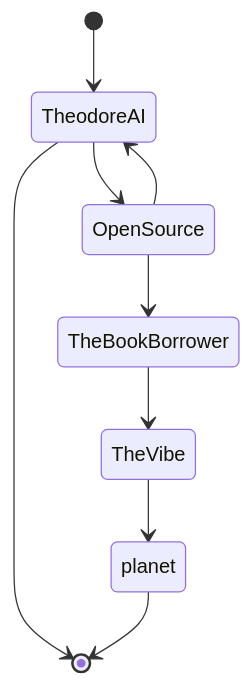
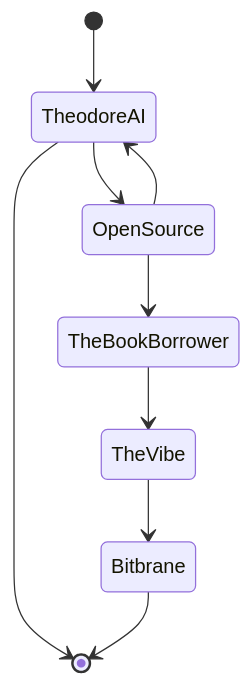
Before and after one commit to TheodoreAI/TheodoreAI: the diagram in README.md, drawn with Mermaid. The commit also changed other lines of this file, not shown here.

````diff
--- a/README.md
+++ b/README.md
@@ -9,12 +9,12 @@
  ```mermaid
   stateDiagram-v2
   [*] --> TheodoreAI
   TheodoreAI --> [*]
 
   TheodoreAI --> OpenSource
   OpenSource --> TheodoreAI
   OpenSource --> TheBookBorrower
   TheBookBorrower --> TheVibe
-  TheVibe --> planet
-  planet --> [*]
+  TheVibe --> Bitbrane
+  Bitbrane --> [*]
 ```
````
